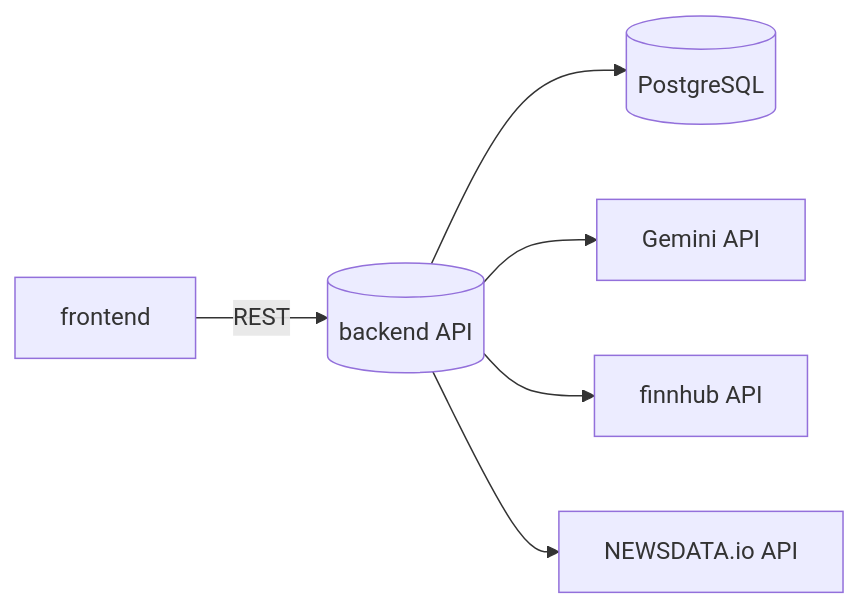
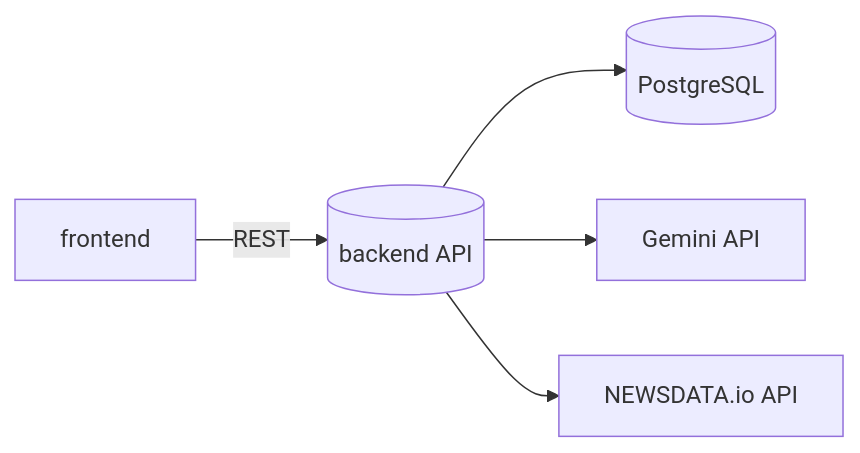
The second of 2 diagrams in README.md (jinw00ch01/ROKEY_news), drawn with Mermaid before and after one commit. The commit also changed other lines of this file and 9 other files, not shown here.

First line of the commit message:
refactor: remove Finnhub API integration completely

````diff
--- a/README.md
+++ b/README.md
@@ -43,8 +42,7 @@
 ```mermaid
 graph LR
   A[frontend] -->|REST| B[(backend API)]
   B --> C[(PostgreSQL)]
   B --> D[Gemini API]
-  B --> E[finnhub API]
-  B --> F[NEWSDATA.io API]
+  B --> E[NEWSDATA.io API]
 ```
````
